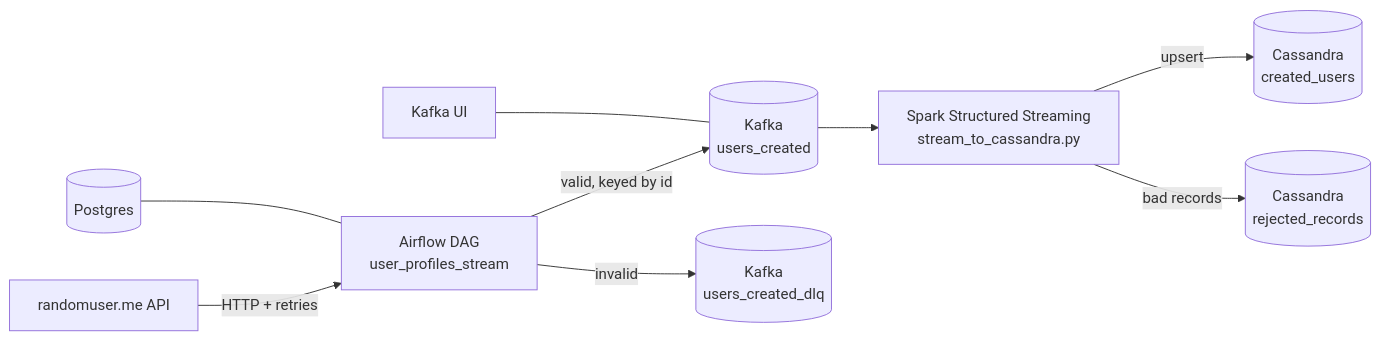
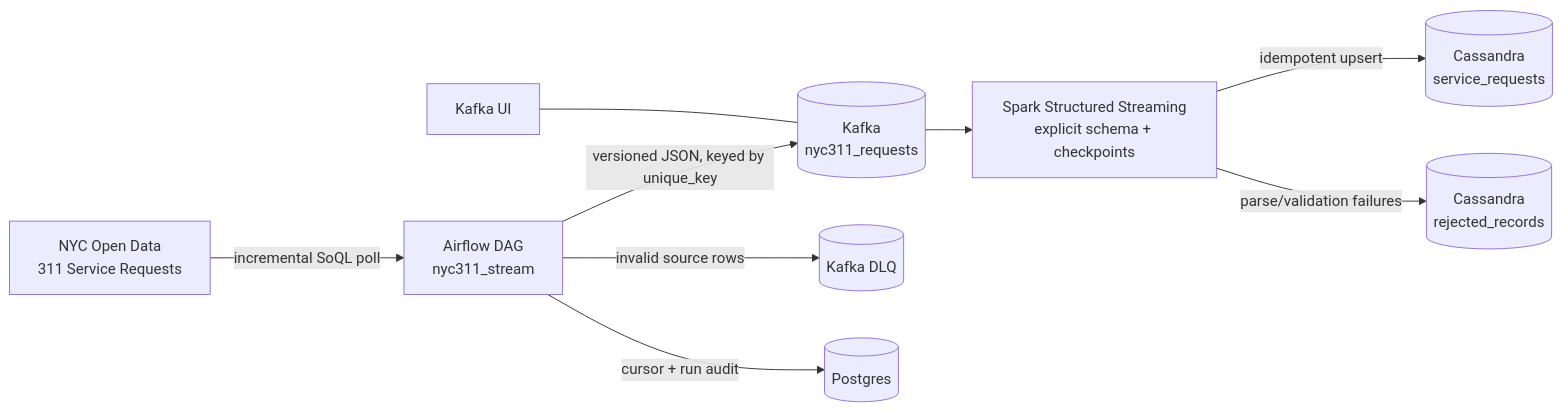
Before and after one commit to omoissy/nyc311-streaming-pipeline: the diagram in README.md, drawn with Mermaid. The commit also changed other lines of this file and 28 other files, not shown here.

Commit message:
Replace synthetic demo with real NYC 311 streaming pipeline

````diff
--- a/README.md
+++ b/README.md
@@ -11,11 +11,11 @@
 ```mermaid
 flowchart LR
-    API[randomuser.me API] -->|HTTP + retries| AF[Airflow DAG<br/>user_profiles_stream]
-    AF -->|valid, keyed by id| K[(Kafka<br/>users_created)]
-    AF -->|invalid| DLQ[(Kafka<br/>users_created_dlq)]
-    K --> SS[Spark Structured Streaming<br/>stream_to_cassandra.py]
-    SS -->|upsert| C1[(Cassandra<br/>created_users)]
-    SS -->|bad records| C2[(Cassandra<br/>rejected_records)]
-    PG[(Postgres)] --- AF
+    API[NYC Open Data<br/>311 Service Requests] -->|incremental SoQL poll| AF[Airflow DAG<br/>nyc311_stream]
+    AF -->|versioned JSON, keyed by unique_key| K[(Kafka<br/>nyc311_requests)]
+    AF -->|invalid source rows| DLQ[(Kafka DLQ)]
+    AF -->|cursor + run audit| PG[(Postgres)]
+    K --> SS[Spark Structured Streaming<br/>explicit schema + checkpoints]
+    SS -->|idempotent upsert| C1[(Cassandra<br/>service_requests)]
+    SS -->|parse/validation failures| C2[(Cassandra<br/>rejected_records)]
     UI[Kafka UI] --- K
 ```
````
